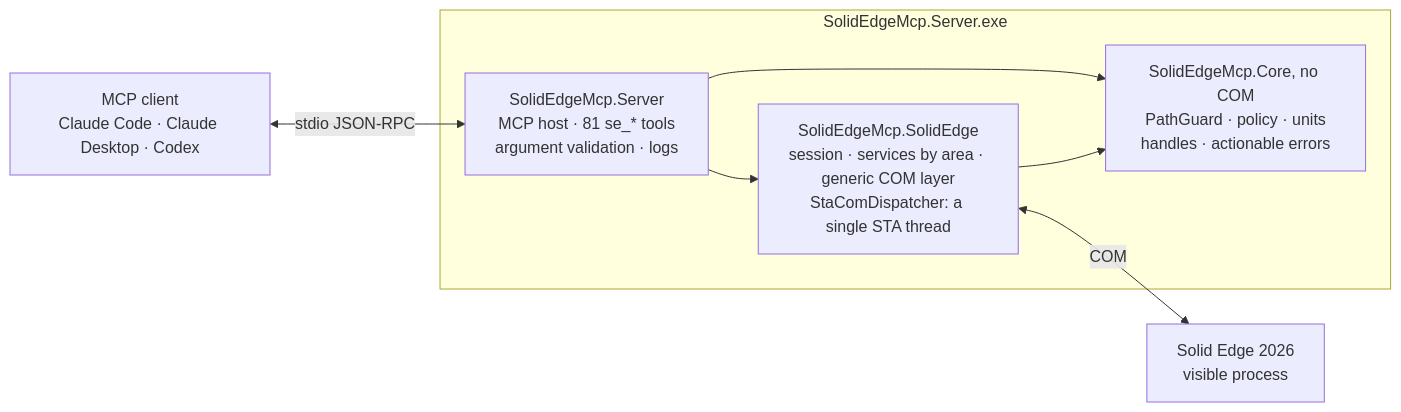
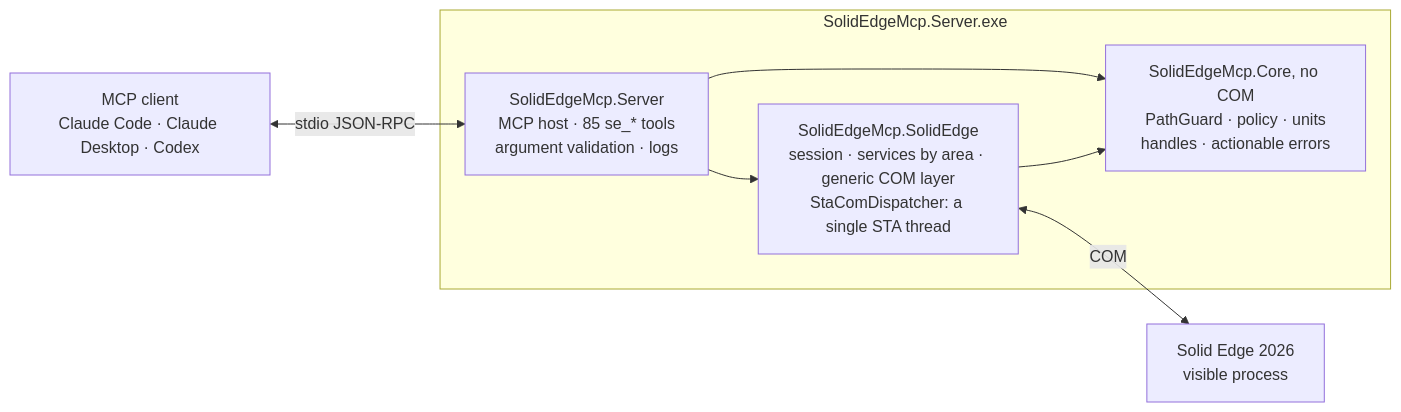
The diagram in README.md (gabichuuuuu/solid-edge-mcp), drawn with Mermaid before and after one commit. The commit also changed other lines of this file and 137 other files, not shown here.

````diff
--- a/README.md
+++ b/README.md
@@ -327,18 +331,18 @@
 ```mermaid
 flowchart LR
     client["MCP client<br/>Claude Code · Claude Desktop · Codex"]
 
     subgraph exe ["SolidEdgeMcp.Server.exe"]
-        server["SolidEdgeMcp.Server<br/>MCP host · 81 se_* tools<br/>argument validation · logs"]
+        server["SolidEdgeMcp.Server<br/>MCP host · 85 se_* tools<br/>argument validation · logs"]
         se["SolidEdgeMcp.SolidEdge<br/>session · services by area · generic COM layer<br/>StaComDispatcher: a single STA thread"]
         core["SolidEdgeMcp.Core, no COM<br/>PathGuard · policy · units<br/>handles · actionable errors"]
         server --> se
         server --> core
         se --> core
     end
 
     app["Solid Edge 2026<br/>visible process"]
 
     client <-->|stdio JSON-RPC| server
     se <-->|COM| app
 ```
````
